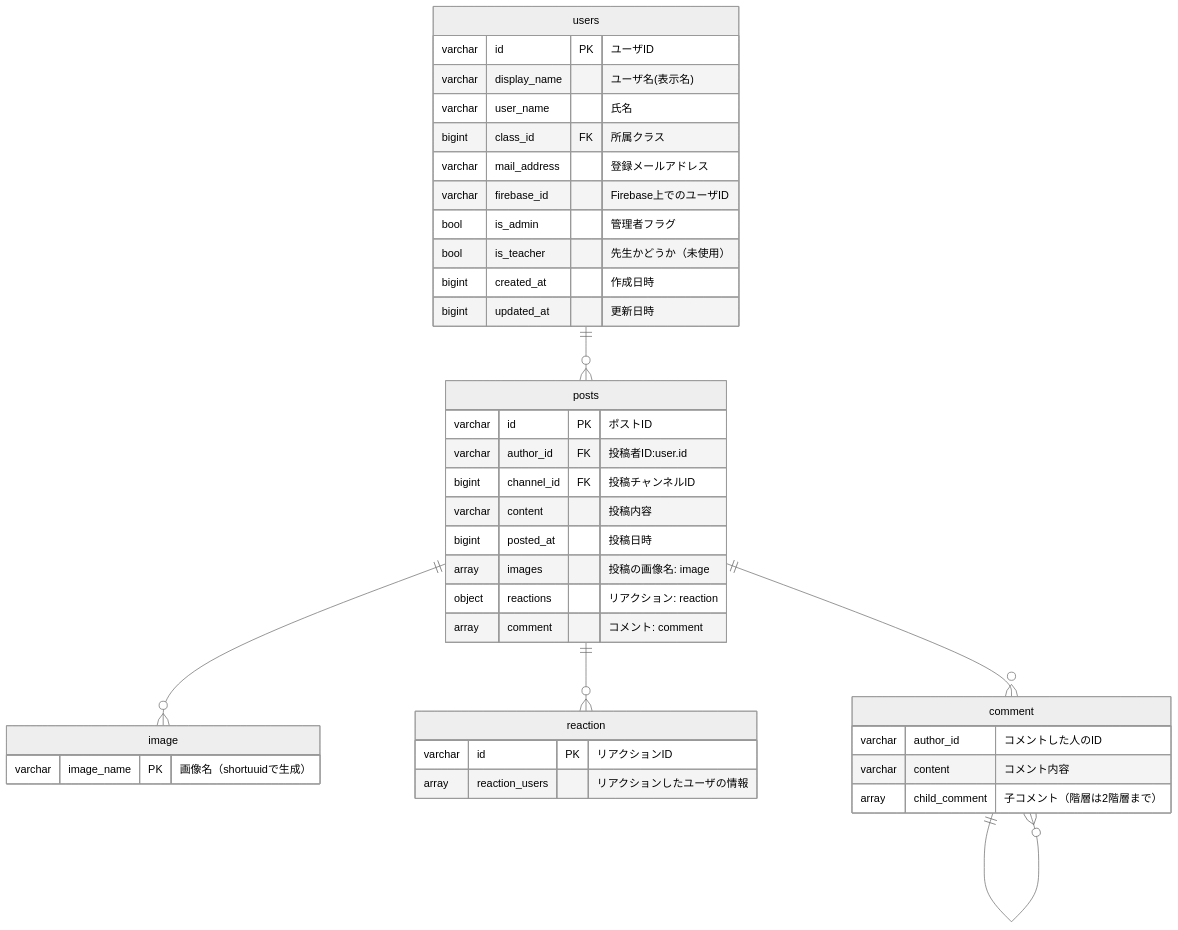
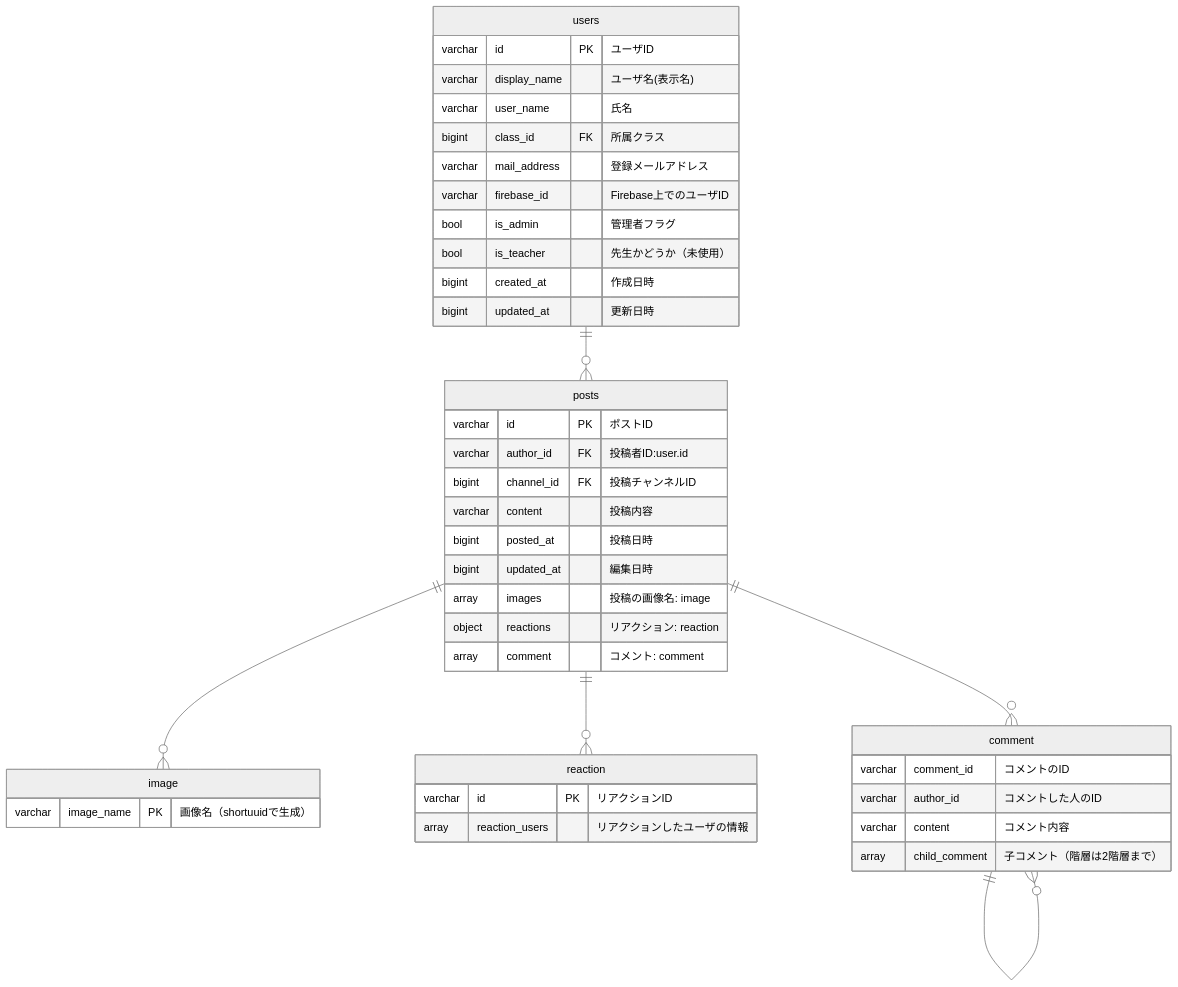
The diagram in document/DB.md (mochi-yu/kns23-catch-up), drawn with Mermaid (neutral theme) before and after one commit. The commit also changed 3 other files, not shown here.

````diff
--- a/document/DB.md
+++ b/document/DB.md
@@ -9,56 +9,58 @@
 ```mermaid
 
 %% ユーザー
 erDiagram
   %% モデル
   users {
     varchar id PK "ユーザID"
     varchar display_name "ユーザ名(表示名)"
     varchar user_name "氏名"
     bigint class_id FK "所属クラス"
     varchar mail_address "登録メールアドレス"
     varchar firebase_id "Firebase上でのユーザID"
 
     bool is_admin "管理者フラグ"
     bool is_teacher "先生かどうか（未使用）"
 
     bigint created_at "作成日時"
     bigint updated_at "更新日時"
   }
 
   posts {
     varchar id PK "ポストID"
     varchar author_id FK "投稿者ID:user.id"
     bigint channel_id FK "投稿チャンネルID"
 
     varchar content "投稿内容"
     bigint posted_at "投稿日時"
+    bigint updated_at "編集日時"
 
     array images "投稿の画像名: image"
     object reactions "リアクション: reaction"
     array comment "コメント: comment"
   }
 
   image {
     varchar image_name PK "画像名（shortuuidで生成）"
   }
 
   reaction {
     varchar id PK "リアクションID"
     array reaction_users "リアクションしたユーザの情報"
   }
 
   comment {
+    varchar comment_id "コメントのID"
     varchar author_id "コメントした人のID"
     varchar content "コメント内容"
     array child_comment "子コメント（階層は2階層まで）"
   }
 
   %% 関係性
   users ||--o{ posts : ""
   posts ||--o{ image: ""
   posts ||--o{ reaction: ""
   posts ||--o{ comment: ""
   comment ||--o{ comment: ""
 
 ```
````
